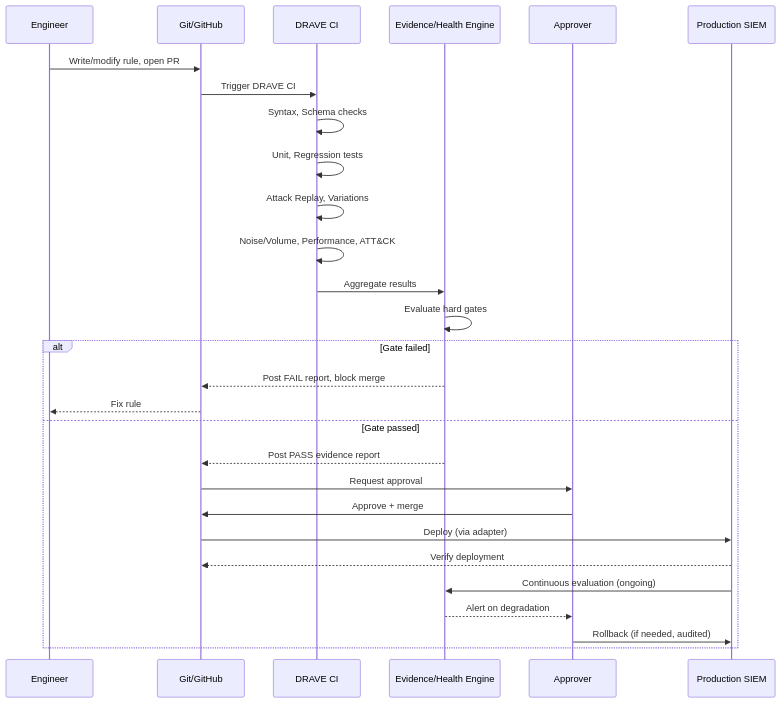
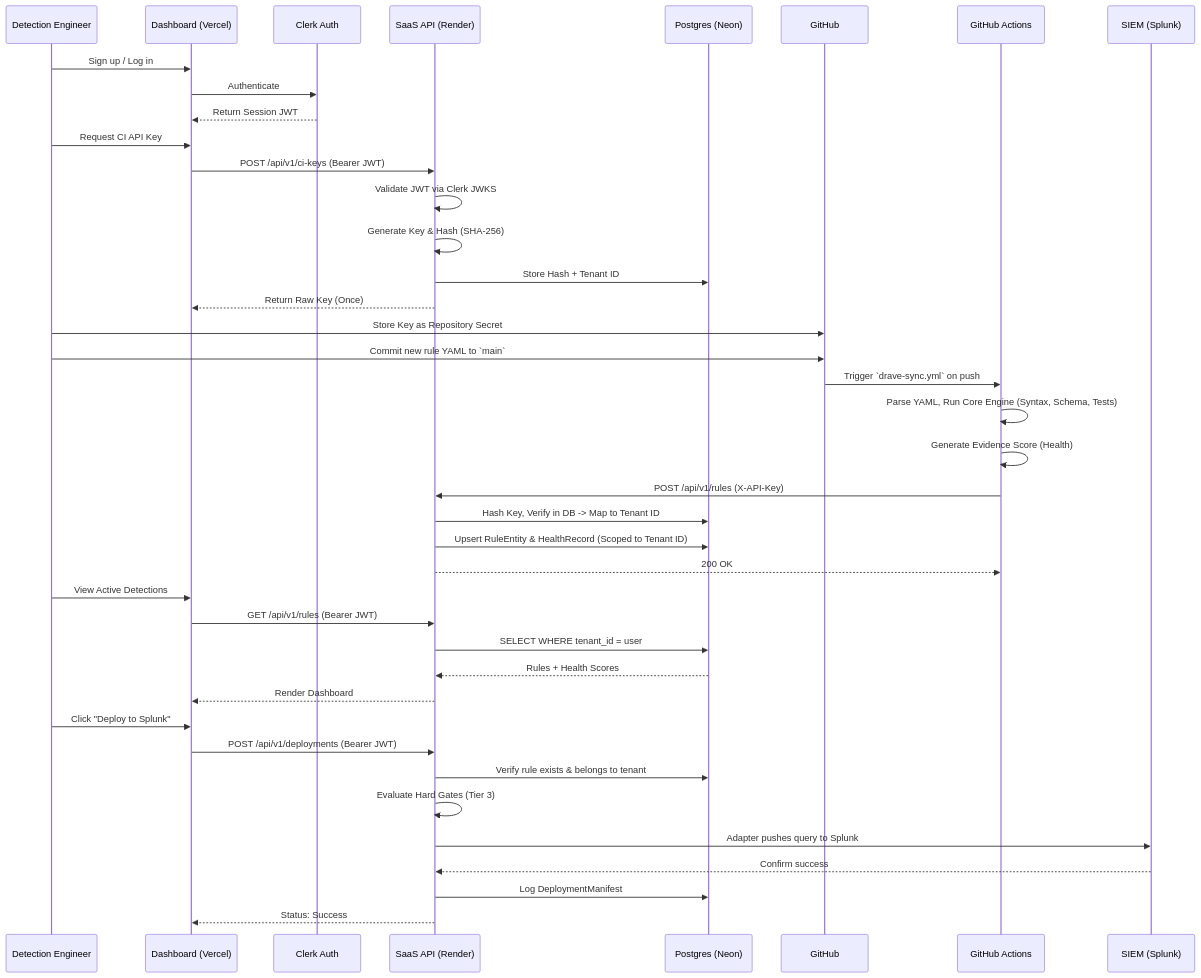
One commit to Rushi19-04/DRAVE changed the third of 6 diagrams in knowledgeBase/ARCHITECTURE.md. Above: the diagram before and after it, drawn with Mermaid. The commit also changed other lines of this file, not shown here.

Commit message:
docs: update architecture diagram with real stack

````diff
--- a/knowledgeBase/ARCHITECTURE.md
+++ b/knowledgeBase/ARCHITECTURE.md
@@ -105,32 +115,51 @@
 ```mermaid
 sequenceDiagram
-    participant Eng as Engineer
-    participant Git as Git/GitHub
-    participant CI as DRAVE CI
-    participant Eval as Evidence/Health Engine
-    participant Human as Approver
-    participant SIEM as Production SIEM
+    participant User as Detection Engineer
+    participant Frontend as Dashboard (Vercel)
+    participant Clerk as Clerk Auth
+    participant API as SaaS API (Render)
+    participant DB as Postgres (Neon)
+    participant Git as GitHub
+    participant CI as GitHub Actions
+    participant SIEM as SIEM (Splunk)
 
-    Eng->>Git: Write/modify rule, open PR
-    Git->>CI: Trigger DRAVE CI
-    CI->>CI: Syntax, Schema checks
-    CI->>CI: Unit, Regression tests
-    CI->>CI: Attack Replay, Variations
-    CI->>CI: Noise/Volume, Performance, ATT&CK
-    CI->>Eval: Aggregate results
-    Eval->>Eval: Evaluate hard gates
-
-    alt Gate failed
-        Eval-->>Git: Post FAIL report, block merge
-        Git-->>Eng: Fix rule
-    else Gate passed
-        Eval-->>Git: Post PASS evidence report
-        Git->>Human: Request approval
-        Human->>Git: Approve + merge
-        Git->>SIEM: Deploy (via adapter)
-        SIEM-->>Git: Verify deployment
-        SIEM->>Eval: Continuous evaluation (ongoing)
-        Eval-->>Human: Alert on degradation
-        Human->>SIEM: Rollback (if needed, audited)
-    end
+    %% Authentication
+    User->>Frontend: Sign up / Log in
+    Frontend->>Clerk: Authenticate
+    Clerk-->>Frontend: Return Session JWT
+    
+    %% API Key Generation (One-time setup)
+    User->>Frontend: Request CI API Key
+    Frontend->>API: POST /api/v1/ci-keys (Bearer JWT)
+    API->>API: Validate JWT via Clerk JWKS
+    API->>API: Generate Key & Hash (SHA-256)
+    API->>DB: Store Hash + Tenant ID
+    API-->>Frontend: Return Raw Key (Once)
+    User->>Git: Store Key as Repository Secret
+    
+    %% Rule Authoring & Sync
+    User->>Git: Commit new rule YAML to `main`
+    Git->>CI: Trigger `drave-sync.yml` on push
+    CI->>CI: Parse YAML, Run Core Engine (Syntax, Schema, Tests)
+    CI->>CI: Generate Evidence Score (Health)
+    CI->>API: POST /api/v1/rules (X-API-Key)
+    API->>DB: Hash Key, Verify in DB -> Map to Tenant ID
+    API->>DB: Upsert RuleEntity & HealthRecord (Scoped to Tenant ID)
+    API-->>CI: 200 OK
+    
+    %% Viewing & Deployment
+    User->>Frontend: View Active Detections
+    Frontend->>API: GET /api/v1/rules (Bearer JWT)
+    API->>DB: SELECT WHERE tenant_id = user
+    DB-->>API: Rules + Health Scores
+    API-->>Frontend: Render Dashboard
+    
+    User->>Frontend: Click "Deploy to Splunk"
+    Frontend->>API: POST /api/v1/deployments (Bearer JWT)
+    API->>DB: Verify rule exists & belongs to tenant
+    API->>API: Evaluate Hard Gates (Tier 3)
+    API->>SIEM: Adapter pushes query to Splunk
+    SIEM-->>API: Confirm success
+    API->>DB: Log DeploymentManifest
+    API-->>Frontend: Status: Success
 ```
````
